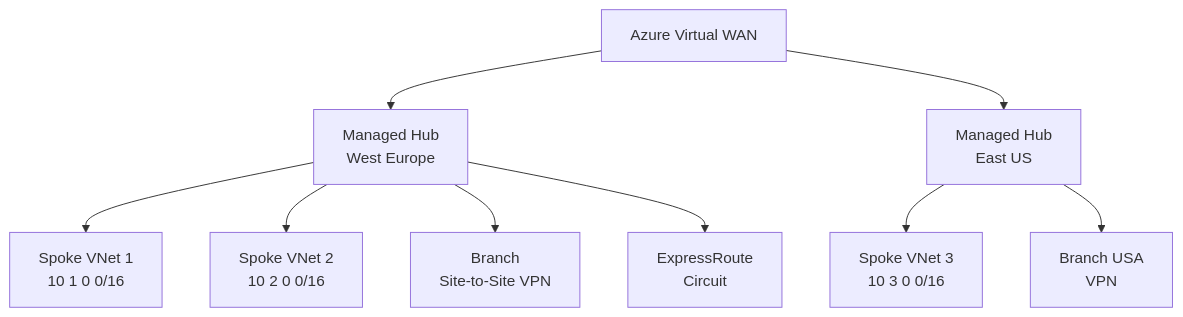
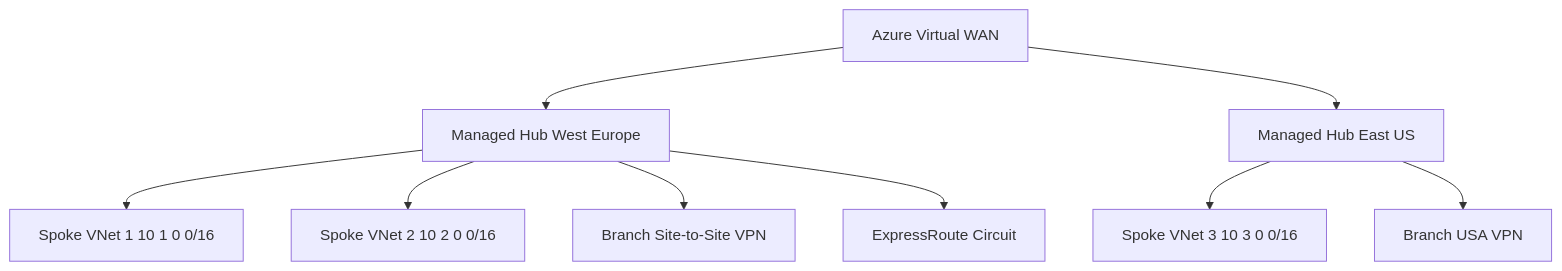
One commit to SoniiiT/notes-n-docs changed the first of 5 diagrams in Microsoft 365/Azure/Netzwerk/Azure Virtual WAN.md. Above: the diagram before and after it, drawn with Mermaid. The commit also changed other lines of this file and 124 other files, not shown here.

First line of the commit message:
fix: Entferne \n aus allen Mermaid-Diagrammen (125 Dateien)

````diff
--- a/Microsoft 365/Azure/Netzwerk/Azure Virtual WAN.md
+++ b/Microsoft 365/Azure/Netzwerk/Azure Virtual WAN.md
@@ -30,13 +30,13 @@
 ```mermaid
 graph TD
-    VWAN[Azure Virtual WAN] --> HUB_WE[Managed Hub\nWest Europe]
-    VWAN --> HUB_EUS[Managed Hub\nEast US]
+    VWAN[Azure Virtual WAN] --> HUB_WE[Managed Hub West Europe]
+    VWAN --> HUB_EUS[Managed Hub East US]
     
-    HUB_WE --> SPOKE1[Spoke VNet 1\n10 1 0 0/16]
-    HUB_WE --> SPOKE2[Spoke VNet 2\n10 2 0 0/16]
-    HUB_WE --> BRANCH1[Branch\nSite-to-Site VPN]
-    HUB_WE --> ER1[ExpressRoute\nCircuit]
+    HUB_WE --> SPOKE1[Spoke VNet 1 10 1 0 0/16]
+    HUB_WE --> SPOKE2[Spoke VNet 2 10 2 0 0/16]
+    HUB_WE --> BRANCH1[Branch Site-to-Site VPN]
+    HUB_WE --> ER1[ExpressRoute Circuit]
     
-    HUB_EUS --> SPOKE3[Spoke VNet 3\n10 3 0 0/16]
-    HUB_EUS --> BRANCH2[Branch USA\nVPN]
+    HUB_EUS --> SPOKE3[Spoke VNet 3 10 3 0 0/16]
+    HUB_EUS --> BRANCH2[Branch USA VPN]
 ```
````
